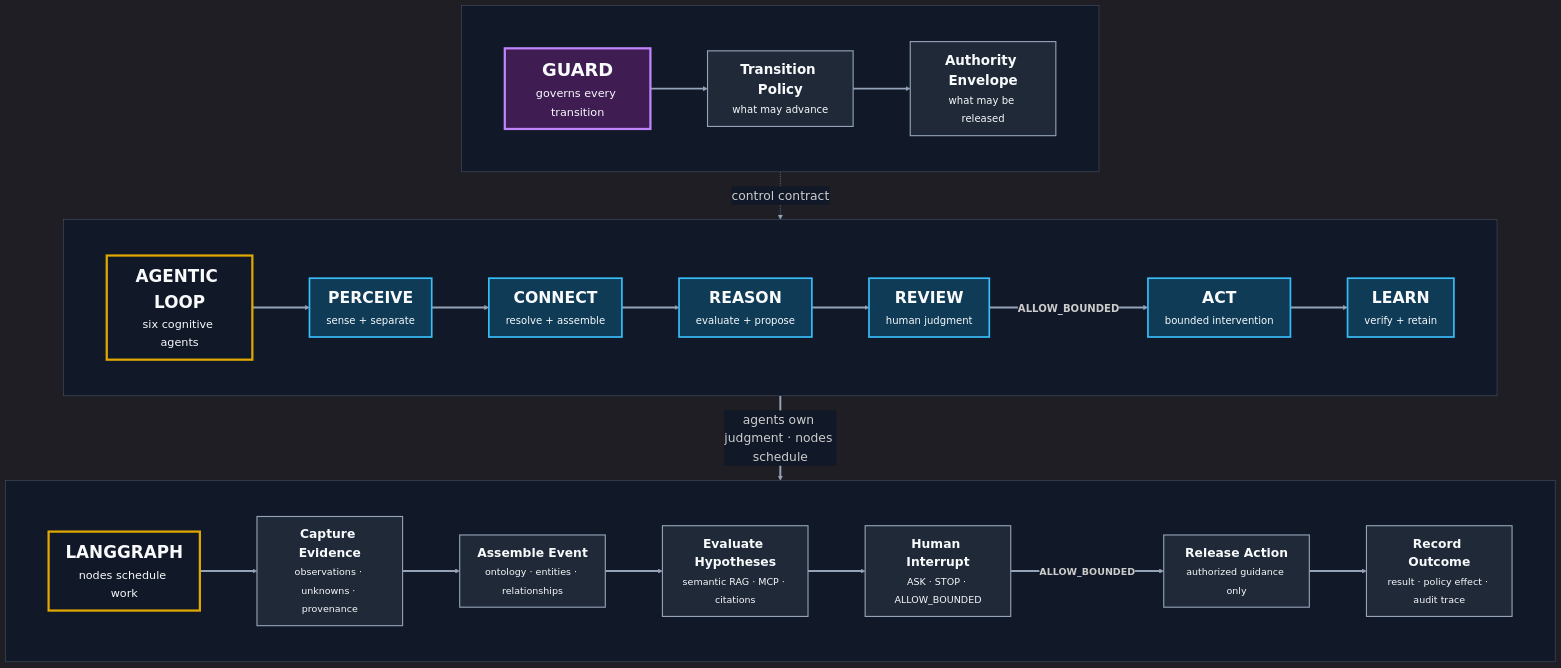
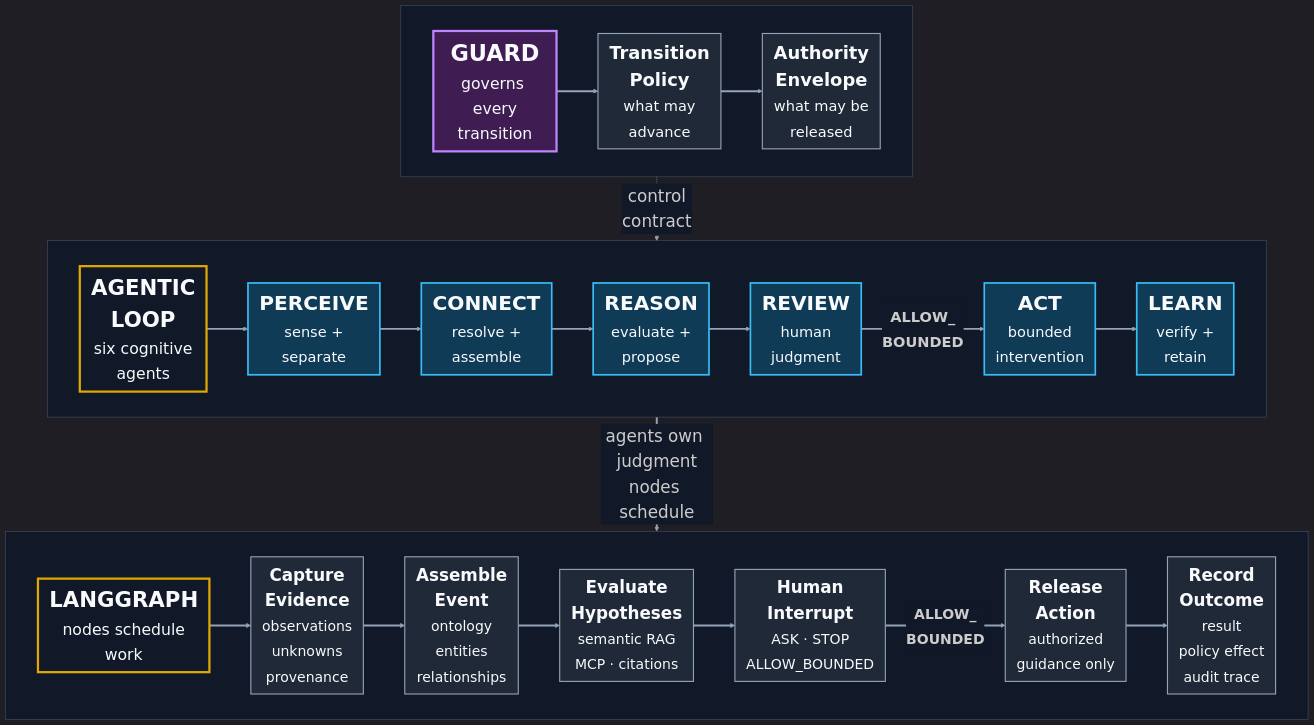
Before and after one commit to aixstudio/agentic-salmon-python: the first of 2 diagrams in README.md, drawn with Mermaid. The commit also changed other lines of this file, not shown here.

Commit message:
docs: lead with architecture and clarify proof journey

````diff
--- a/README.md
+++ b/README.md
@@ -34,61 +15,61 @@
 ```mermaid
-%%{init: {"theme":"dark","themeVariables":{"fontSize":"22px","primaryTextColor":"#F8FAFC","lineColor":"#94A3B8","clusterBkg":"#111827","clusterBorder":"#475569","edgeLabelBackground":"#111827"},"flowchart":{"nodeSpacing":32,"rankSpacing":52,"htmlLabels":true,"curve":"basis"}}}%%
+%%{init: {"theme":"dark","themeVariables":{"fontSize":"30px","primaryTextColor":"#F8FAFC","lineColor":"#94A3B8","clusterBkg":"#111827","clusterBorder":"#475569","edgeLabelBackground":"#111827"},"flowchart":{"nodeSpacing":22,"rankSpacing":24,"padding":10,"wrappingWidth":180,"htmlLabels":true,"curve":"basis"}}}%%
 flowchart TB
     subgraph GUARD_BAND[" "]
         direction TB
         subgraph GUARD_ROW[" "]
             direction LR
-            G["<span style='font-size:32px'><b>GUARD</b></span><br/><span style='font-size:20px'>governs every transition</span>"]
-            TP["<span style='font-size:24px'><b>Transition Policy</b></span><br/><span style='font-size:18px'>what may advance</span>"]
-            AE["<span style='font-size:24px'><b>Authority Envelope</b></span><br/><span style='font-size:18px'>what may be released</span>"]
+            G["<span style='font-size:40px'><b>GUARD</b></span><br/><span style='font-size:28px'>governs every<br/>transition</span>"]
+            TP["<span style='font-size:32px'><b>Transition<br/>Policy</b></span><br/><span style='font-size:26px'>what may<br/>advance</span>"]
+            AE["<span style='font-size:32px'><b>Authority<br/>Envelope</b></span><br/><span style='font-size:26px'>what may be<br/>released</span>"]
             G ==> TP ==> AE
         end
     end
 
     subgraph AGENT_BAND[" "]
         direction TB
         subgraph AGENT_ROW[" "]
             direction LR
-            LOOP["<span style='font-size:30px'><b>AGENTIC LOOP</b></span><br/><span style='font-size:20px'>six cognitive agents</span>"]
-            P["<span style='font-size:28px'><b>PERCEIVE</b></span><br/><span style='font-size:18px'>sense + separate</span>"]
-            C["<span style='font-size:28px'><b>CONNECT</b></span><br/><span style='font-size:18px'>resolve + assemble</span>"]
-            R["<span style='font-size:28px'><b>REASON</b></span><br/><span style='font-size:18px'>evaluate + propose</span>"]
-            V["<span style='font-size:28px'><b>REVIEW</b></span><br/><span style='font-size:18px'>human judgment</span>"]
-            A["<span style='font-size:28px'><b>ACT</b></span><br/><span style='font-size:18px'>bounded intervention</span>"]
-            L["<span style='font-size:28px'><b>LEARN</b></span><br/><span style='font-size:18px'>verify + retain</span>"]
+            LOOP["<span style='font-size:38px'><b>AGENTIC<br/>LOOP</b></span><br/><span style='font-size:28px'>six cognitive<br/>agents</span>"]
+            P["<span style='font-size:36px'><b>PERCEIVE</b></span><br/><span style='font-size:26px'>sense +<br/>separate</span>"]
+            C["<span style='font-size:36px'><b>CONNECT</b></span><br/><span style='font-size:26px'>resolve +<br/>assemble</span>"]
+            R["<span style='font-size:36px'><b>REASON</b></span><br/><span style='font-size:26px'>evaluate +<br/>propose</span>"]
+            V["<span style='font-size:36px'><b>REVIEW</b></span><br/><span style='font-size:26px'>human<br/>judgment</span>"]
+            A["<span style='font-size:36px'><b>ACT</b></span><br/><span style='font-size:26px'>bounded<br/>intervention</span>"]
+            L["<span style='font-size:36px'><b>LEARN</b></span><br/><span style='font-size:26px'>verify +<br/>retain</span>"]
             LOOP ==> P ==> C ==> R ==> V
-            V ==>|<span style='font-size:18px'><b>ALLOW_BOUNDED</b></span>| A ==> L
+            V ==>|<span style='font-size:26px'><b>ALLOW_<br/>BOUNDED</b></span>| A ==> L
         end
     end
 
     subgraph LANGGRAPH_BAND[" "]
         direction TB
         subgraph LANGGRAPH_ROW[" "]
             direction LR
-            LG["<span style='font-size:30px'><b>LANGGRAPH</b></span><br/><span style='font-size:20px'>nodes schedule work</span>"]
-            N1["<span style='font-size:22px'><b>Capture Evidence</b></span><br/><span style='font-size:17px'>observations · unknowns · provenance</span>"]
-            N2["<span style='font-size:22px'><b>Assemble Event</b></span><br/><span style='font-size:17px'>ontology · entities · relationships</span>"]
-            N3["<span style='font-size:22px'><b>Evaluate Hypotheses</b></span><br/><span style='font-size:17px'>semantic RAG · MCP · citations</span>"]
-            N4["<span style='font-size:22px'><b>Human Interrupt</b></span><br/><span style='font-size:17px'>ASK · STOP · ALLOW_BOUNDED</span>"]
-            N5["<span style='font-size:22px'><b>Release Action</b></span><br/><span style='font-size:17px'>authorized guidance only</span>"]
-            N6["<span style='font-size:22px'><b>Record Outcome</b></span><br/><span style='font-size:17px'>result · policy effect · audit trace</span>"]
+            LG["<span style='font-size:38px'><b>LANGGRAPH</b></span><br/><span style='font-size:28px'>nodes schedule<br/>work</span>"]
+            N1["<span style='font-size:30px'><b>Capture<br/>Evidence</b></span><br/><span style='font-size:25px'>observations<br/>unknowns<br/>provenance</span>"]
+            N2["<span style='font-size:30px'><b>Assemble<br/>Event</b></span><br/><span style='font-size:25px'>ontology<br/>entities<br/>relationships</span>"]
+            N3["<span style='font-size:30px'><b>Evaluate<br/>Hypotheses</b></span><br/><span style='font-size:25px'>semantic RAG<br/>MCP · citations</span>"]
+            N4["<span style='font-size:30px'><b>Human<br/>Interrupt</b></span><br/><span style='font-size:25px'>ASK · STOP<br/>ALLOW_BOUNDED</span>"]
+            N5["<span style='font-size:30px'><b>Release<br/>Action</b></span><br/><span style='font-size:25px'>authorized<br/>guidance only</span>"]
+            N6["<span style='font-size:30px'><b>Record<br/>Outcome</b></span><br/><span style='font-size:25px'>result<br/>policy effect<br/>audit trace</span>"]
             LG ==> N1 ==> N2 ==> N3 ==> N4
-            N4 ==>|<span style='font-size:17px'><b>ALLOW_BOUNDED</b></span>| N5 ==> N6
+            N4 ==>|<span style='font-size:25px'><b>ALLOW_<br/>BOUNDED</b></span>| N5 ==> N6
         end
     end
 
-    GUARD_BAND -. "control contract" .-> AGENT_BAND
-    AGENT_BAND == "agents own judgment · nodes schedule" ==> LANGGRAPH_BAND
+    GUARD_BAND -. "control<br/>contract" .-> AGENT_BAND
+    AGENT_BAND == "agents own judgment<br/>nodes schedule" ==> LANGGRAPH_BAND
 
     classDef agent fill:#0F3B57,stroke:#38BDF8,stroke-width:3px,color:#F8FAFC;
     classDef artifact fill:#1F2937,stroke:#94A3B8,stroke-width:2px,color:#F8FAFC;
     classDef bandLabel fill:#111827,stroke:#E0A800,stroke-width:4px,color:#F8FAFC;
     classDef guard fill:#3F1D52,stroke:#C084FC,stroke-width:4px,color:#F8FAFC;
     class P,C,R,V,A,L agent;
     class N1,N2,N3,N4,N5,N6,TP,AE artifact;
     class G guard;
     class LOOP,LG bandLabel;
     style GUARD_ROW fill:transparent,stroke:transparent
     style AGENT_ROW fill:transparent,stroke:transparent
     style LANGGRAPH_ROW fill:transparent,stroke:transparent
 ```
````
